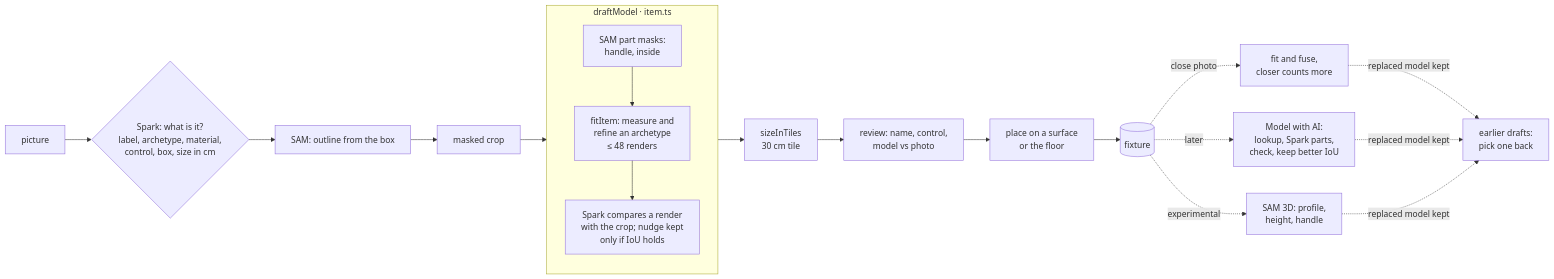
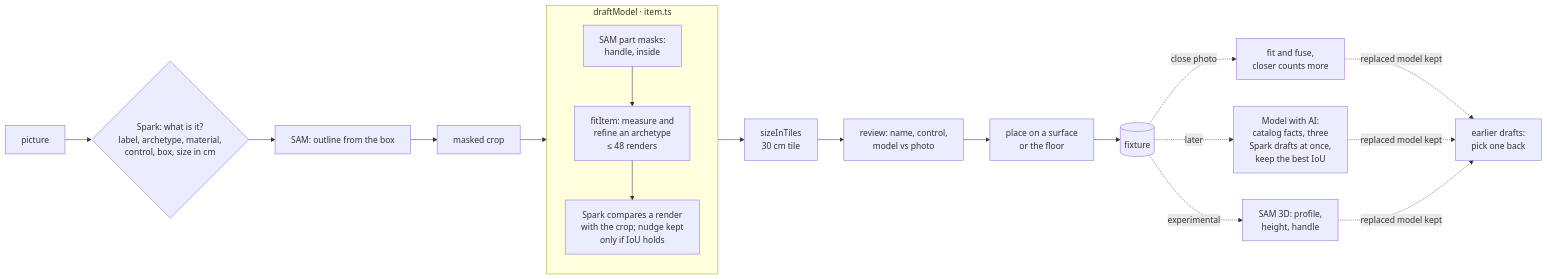
The diagram in docs/image-to-fixture.md (alex-red/living-layer), drawn with Mermaid before and after one commit. The commit also changed other lines of this file and 2 other files, not shown here.

````diff
--- a/docs/image-to-fixture.md
+++ b/docs/image-to-fixture.md
@@ -11,20 +13,20 @@
 ```mermaid
 flowchart LR
   P[picture] --> C{Spark: what is it?<br/>label, archetype, material,<br/>control, box, size in cm}
   C --> S[SAM: outline from the box]
   S --> K[masked crop]
   K --> M[draftModel]
   subgraph M[draftModel · item.ts]
     direction TB
     M1[SAM part masks:<br/>handle, inside] --> M2[fitItem: measure and<br/>refine an archetype<br/>≤ 48 renders]
     M2 --> M3[Spark compares a render<br/>with the crop; nudge kept<br/>only if IoU holds]
   end
   M --> Z[sizeInTiles<br/>30 cm tile]
   Z --> R[review: name, control,<br/>model vs photo]
   R --> L[place on a surface<br/>or the floor]
   L --> F[(fixture)]
   F -. close photo .-> P2[fit and fuse,<br/>closer counts more]
-  F -. later .-> A[Model with AI:<br/>lookup, Spark parts,<br/>check, keep better IoU]
+  F -. later .-> A[Model with AI:<br/>catalog facts, three<br/>Spark drafts at once,<br/>keep the best IoU]
   F -. experimental .-> S3[SAM 3D: profile,<br/>height, handle]
   P2 & A & S3 -. replaced model kept .-> D[earlier drafts:<br/>pick one back]
 ```
````
